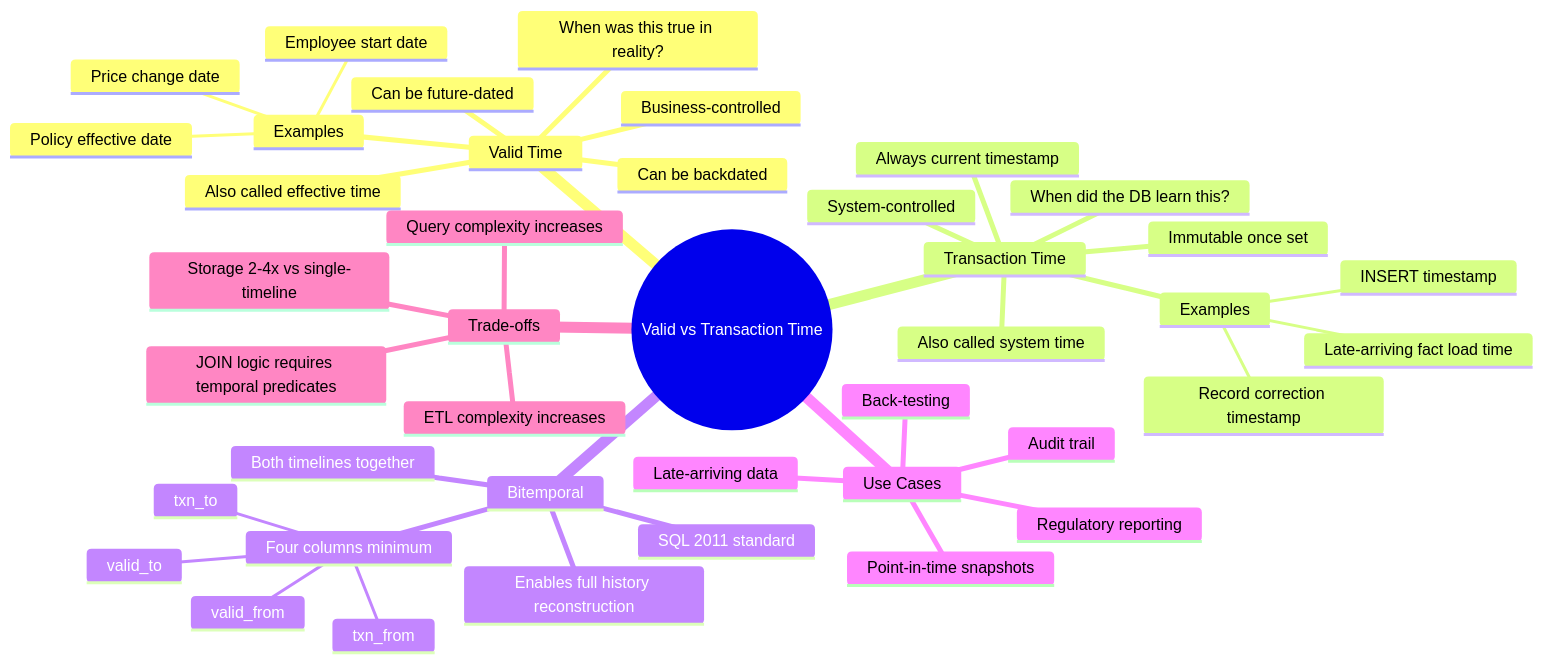
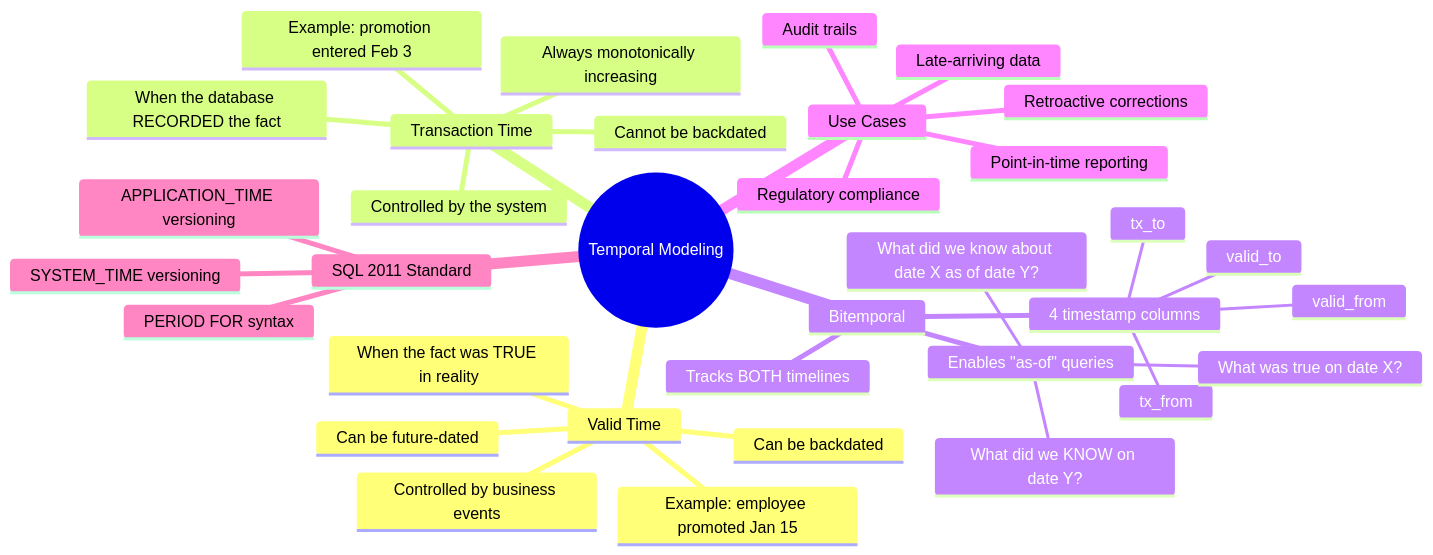
One commit to sivanagaraju/sparkantrigravity changed the first of 2 diagrams in PrincipleDataArchitect/01_Data_Modeling/04_Temporal_and_Bitemporal_Modeling/01_Valid_vs_Transaction_Time/01_Concept_Overview.md. Above: the diagram before and after it, drawn with Mermaid. The commit also changed other lines of this file and 79 other files, not shown here.

Commit message:
feat: Add comprehensive learning modules covering data modeling principles, NoSQL, graph databases, normalization, and database system internals.

````diff
--- a/PrincipleDataArchitect/01_Data_Modeling/04_Temporal_and_Bitemporal_Modeling/01_Valid_vs_Transaction_Time/01_Concept_Overview.md
+++ b/PrincipleDataArchitect/01_Data_Modeling/04_Temporal_and_Bitemporal_Modeling/01_Valid_vs_Transaction_Time/01_Concept_Overview.md
@@ -60,44 +22,37 @@
 ```mermaid
 mindmap
-  root((Valid vs Transaction Time))
+  root((Temporal Modeling))
     Valid Time
-      When was this true in reality?
-      Also called effective time
-      Business-controlled
+      When the fact was TRUE in reality
+      Controlled by business events
       Can be backdated
       Can be future-dated
-      Examples
-        Employee start date
-        Policy effective date
-        Price change date
+      Example: employee promoted Jan 15
     Transaction Time
-      When did the DB learn this?
-      Also called system time
-      System-controlled
-      Always current timestamp
-      Immutable once set
-      Examples
-        INSERT timestamp
-        Record correction timestamp
-        Late-arriving fact load time
+      When the database RECORDED the fact
+      Controlled by the system
+      Always monotonically increasing
+      Cannot be backdated
+      Example: promotion entered Feb 3
     Bitemporal
-      Both timelines together
-      Four columns minimum
+      Tracks BOTH timelines
+      4 timestamp columns
         valid_from
         valid_to
-        txn_from
-        txn_to
-      Enables full history reconstruction
-      SQL 2011 standard
+        tx_from
+        tx_to
+      Enables "as-of" queries
+        What was true on date X?
+        What did we KNOW on date Y?
+        What did we know about date X as of date Y?
     Use Cases
-      Regulatory reporting
-      Audit trail
+      Regulatory compliance
+      Audit trails
       Late-arriving data
-      Point-in-time snapshots
-      Back-testing
-    Trade-offs
-      Storage 2-4x vs single-timeline
-      Query complexity increases
-      ETL complexity increases
-      JOIN logic requires temporal predicates
+      Retroactive corrections
+      Point-in-time reporting
+    SQL 2011 Standard
+      PERIOD FOR syntax
+      SYSTEM_TIME versioning
+      APPLICATION_TIME versioning
 ```
````
